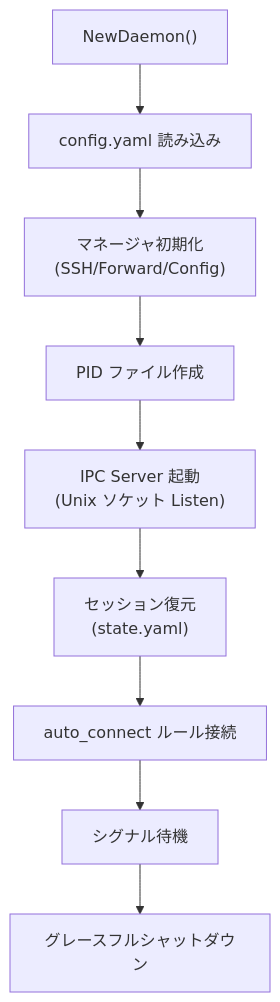
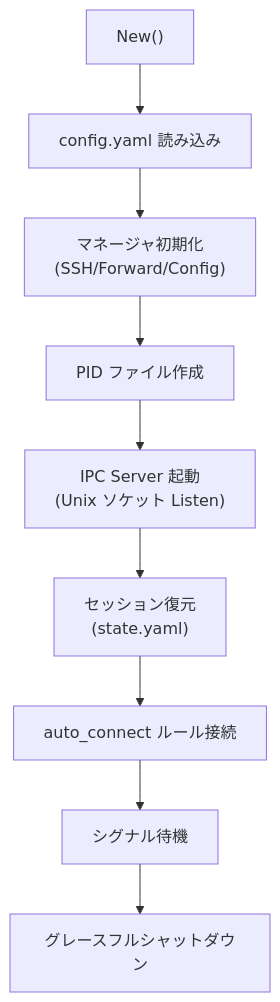
The second of 5 diagrams in docs/components/overview.md (ousiassllc/MolePort), drawn with Mermaid before and after one commit. The commit also changed other lines of this file, not shown here.

````diff
--- a/docs/components/overview.md
+++ b/docs/components/overview.md
@@ -139,11 +142,11 @@
 ```mermaid
 flowchart TD
-    New["NewDaemon()"] --> LoadCfg["config.yaml 読み込み"]
+    New["New()"] --> LoadCfg["config.yaml 読み込み"]
     LoadCfg --> InitMgr["マネージャ初期化<br/>(SSH/Forward/Config)"]
     InitMgr --> PID["PID ファイル作成"]
     PID --> IPC["IPC Server 起動<br/>(Unix ソケット Listen)"]
     IPC --> Restore["セッション復元<br/>(state.yaml)"]
     Restore --> Auto["auto_connect ルール接続"]
     Auto --> Wait["シグナル待機"]
     Wait --> Shutdown["グレースフルシャットダウン"]
 ```
````
